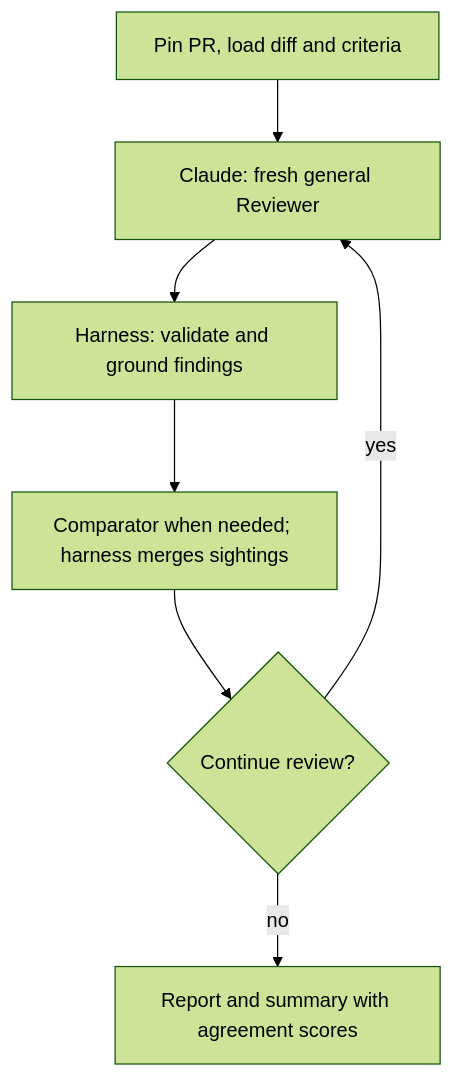
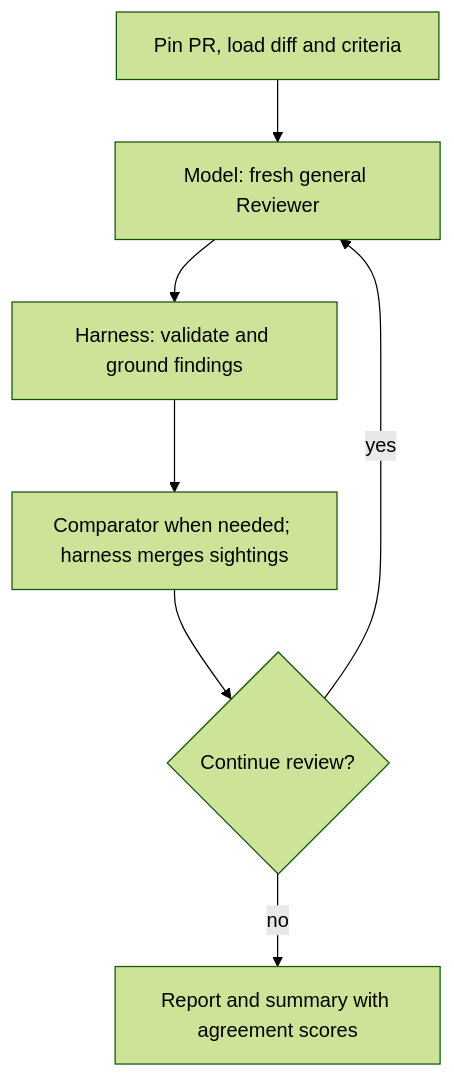
Before and after one commit to sskelkar/code-reviewer: the first of 2 diagrams in README.md, drawn with Mermaid (forest theme). The commit also changed other lines of this file and 52 other files, not shown here.

````diff
--- a/README.md
+++ b/README.md
@@ -72,9 +80,9 @@
 ```mermaid
 flowchart TD
-    PREP["Pin PR, load diff and criteria"] --> REV["Claude: fresh general Reviewer"]
+    PREP["Pin PR, load diff and criteria"] --> REV["Model: fresh general Reviewer"]
     REV --> CHECK["Harness: validate and ground findings"]
     CHECK --> MERGE["Comparator when needed; harness merges sightings"]
     MERGE --> NEXT{"Continue review?"}
     NEXT -->|yes| REV
     NEXT -->|no| REPORT["Report and summary with agreement scores"]
 ```
````
